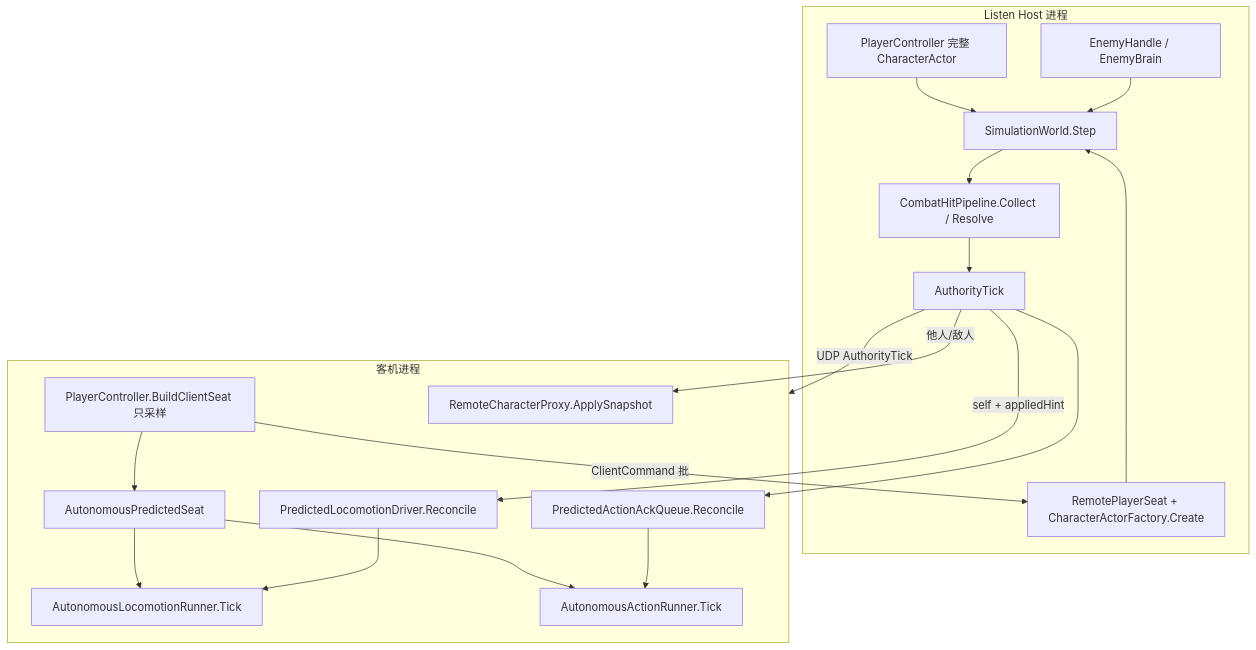
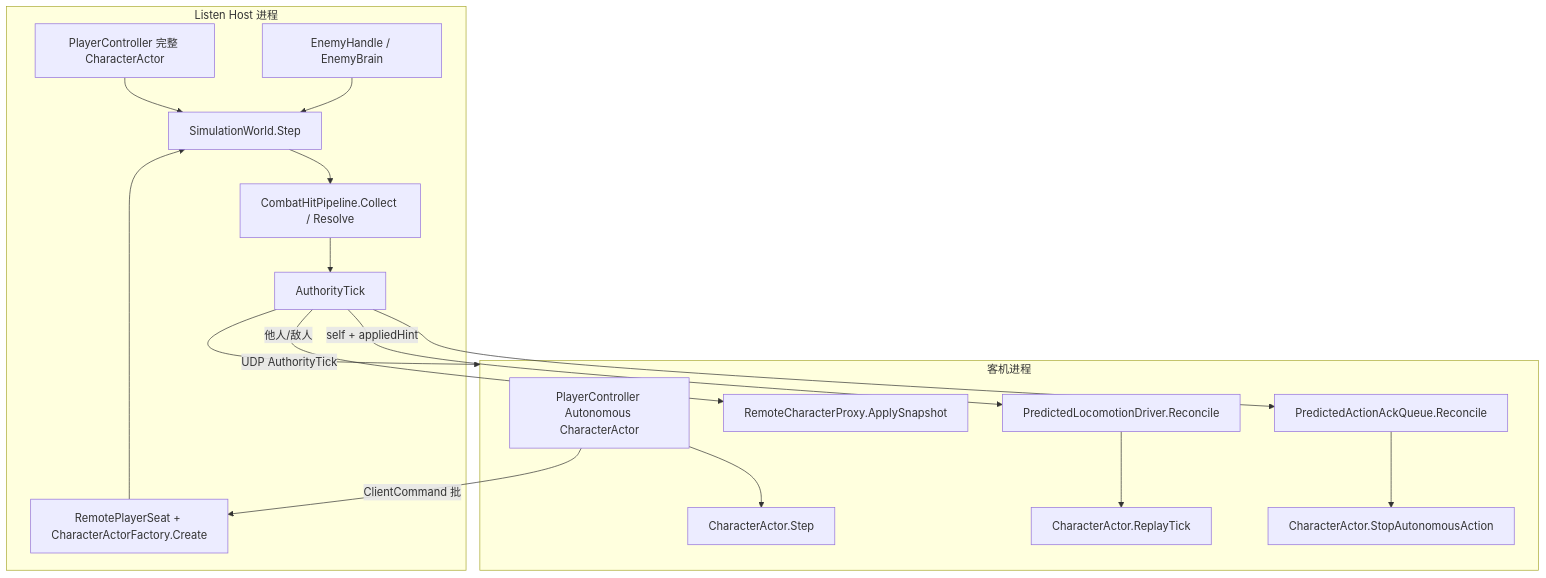
One commit to diosamacao/DiavoloGame changed the first of 8 diagrams in docs/2026.8.15/NETWORK_SYNC.md. Above: the diagram before and after it, drawn with Mermaid. The commit also changed other lines of this file and 44 other files, not shown here.

Commit message:
更新 ACTGame 架构与技术文档，重构角色行为逻辑，整合 Autonomous CharacterActor 与 ReplicationSeat，优化本机走跑与出招预测的表现，确保角色状态同步与命中逻辑的准确性。删除不再使用的 AutonomousActionRunner 和相关类，更新文档以反映新结构与功能，确保所有变更已记录。

````diff
--- a/docs/2026.8.15/NETWORK_SYNC.md
+++ b/docs/2026.8.15/NETWORK_SYNC.md
@@ -55,34 +56,30 @@
 ```mermaid
 flowchart TB
     subgraph hostProc [Listen Host 进程]
         HostPC[PlayerController 完整 CharacterActor]
         GuestSeat[RemotePlayerSeat + CharacterActorFactory.Create]
         Enemies[EnemyHandle / EnemyBrain]
         World[SimulationWorld.Step]
         Pipe[CombatHitPipeline.Collect / Resolve]
         HostPC --> World
         GuestSeat --> World
         Enemies --> World
         World --> Pipe
         Pipe --> Tick[AuthorityTick]
     end
 
     subgraph clientProc [客机进程]
-        Sampler[PlayerController.BuildClientSeat 只采样]
-        Auto[AutonomousPredictedSeat]
-        Loco[AutonomousLocomotionRunner.Tick]
-        Act[AutonomousActionRunner.Tick]
+        Sampler[PlayerController Autonomous CharacterActor]
+        Step[CharacterActor.Step]
         Proxy[RemoteCharacterProxy.ApplySnapshot]
-        Sampler --> Auto
-        Auto --> Loco
-        Auto --> Act
+        Sampler --> Step
         Tick -->|他人/敌人| Proxy
         Tick -->|self + appliedHint| Recon[PredictedLocomotionDriver.Reconcile]
-        Recon --> Loco
+        Recon --> Replay[CharacterActor.ReplayTick]
         Tick --> ActAck[PredictedActionAckQueue.Reconcile]
-        ActAck --> Act
+        ActAck --> Stop[CharacterActor.StopAutonomousAction]
     end
 
     Sampler -->|ClientCommand 批| GuestSeat
     Tick -->|UDP AuthorityTick| clientProc
 ```
````
